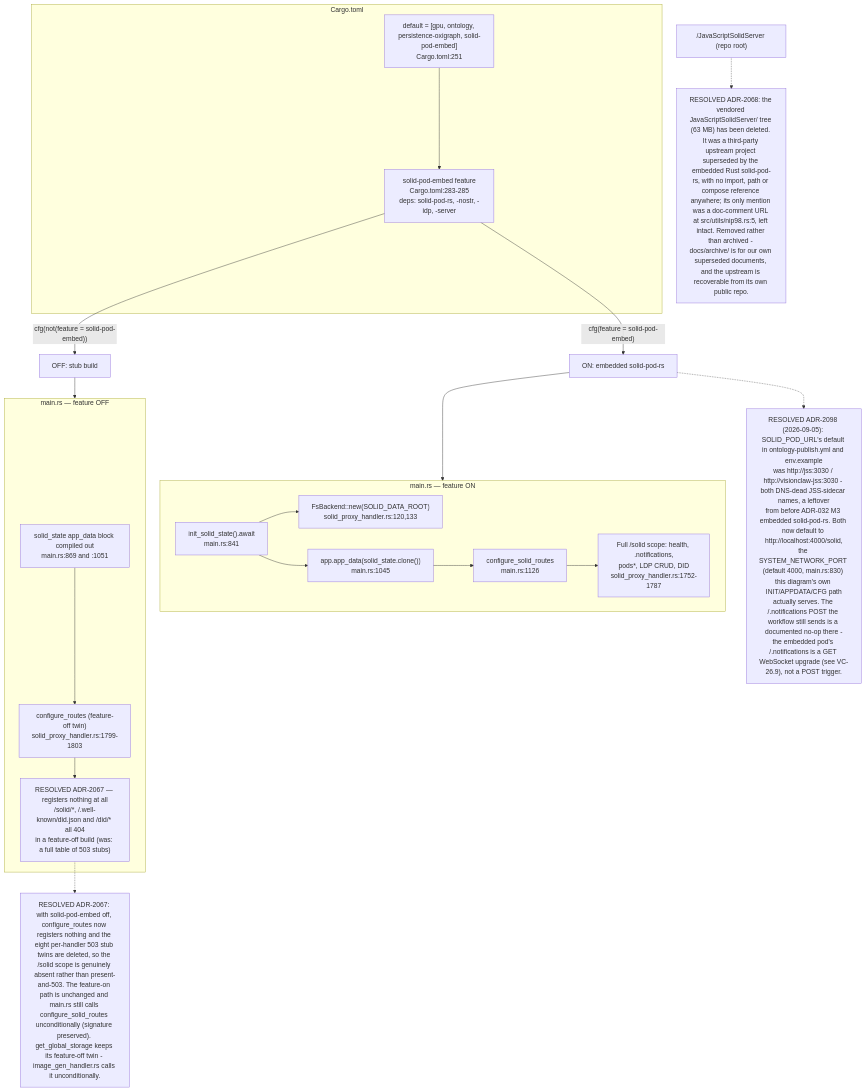
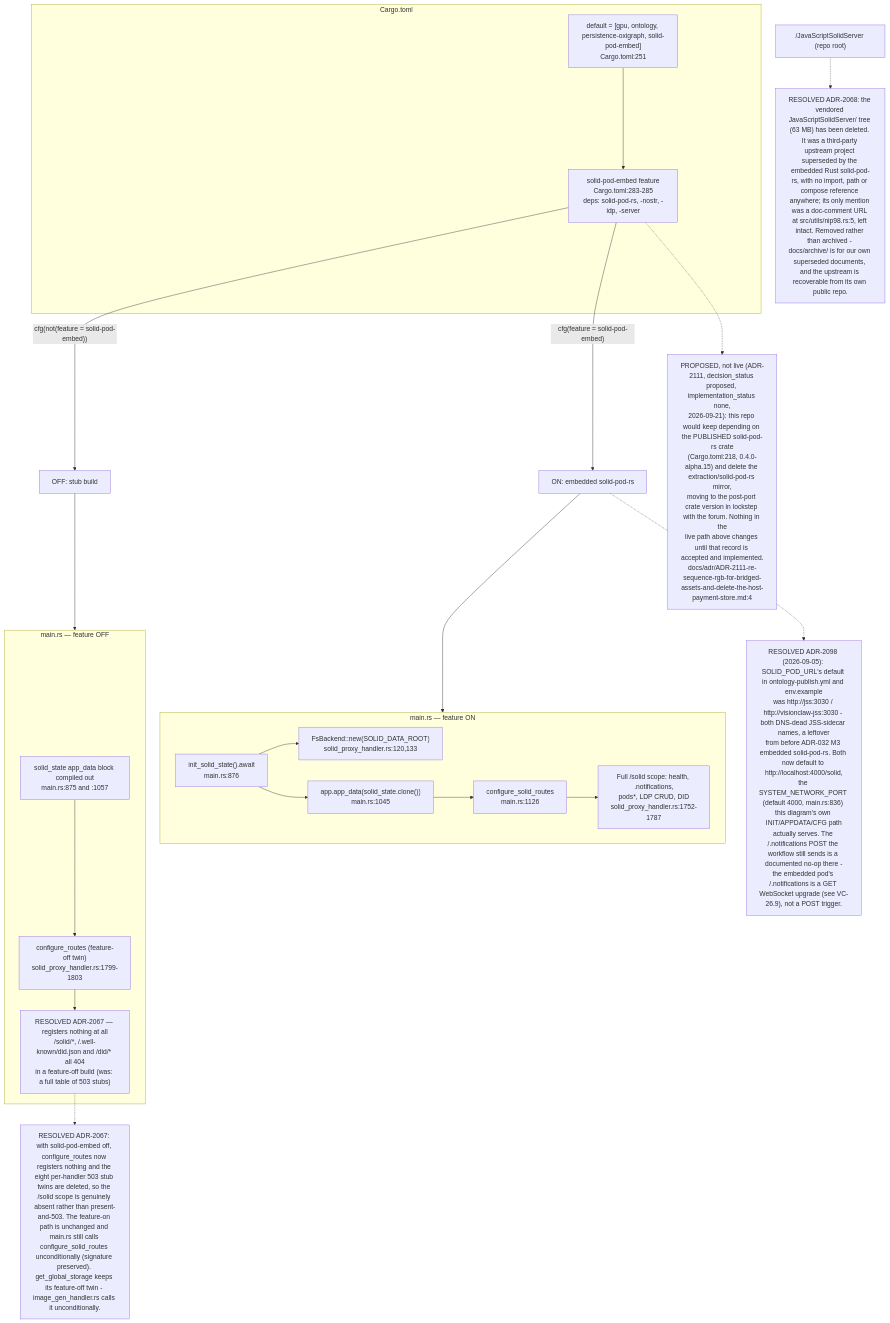
Before and after one commit to DreamLab-AI/VisionFlow: the first of 14 diagrams in docs/diagrams/visionclaw/26-solid-pod-and-jss.md, drawn with Mermaid. The commit also changed other lines of this file and 32 other files, not shown here.

````diff
--- a/docs/diagrams/visionclaw/26-solid-pod-and-jss.md
+++ b/docs/diagrams/visionclaw/26-solid-pod-and-jss.md
@@ -40,40 +41,43 @@
 ```mermaid
 flowchart TB
     subgraph cargo["Cargo.toml"]
         DEFAULT["default = [gpu, ontology, persistence-oxigraph, solid-pod-embed]<br/>Cargo.toml:251"]
         FEAT["solid-pod-embed feature<br/>Cargo.toml:283-285<br/>deps: solid-pod-rs, -nostr, -idp, -server"]
     end
     DEFAULT --> FEAT
     FEAT -->|"cfg(feature = solid-pod-embed)"| ON["ON: embedded solid-pod-rs"]
     FEAT -->|"cfg(not(feature = solid-pod-embed))"| OFF["OFF: stub build"]
 
     subgraph onpath["main.rs — feature ON"]
-        INIT["init_solid_state().await<br/>main.rs:841"]
+        INIT["init_solid_state().await<br/>main.rs:876"]
         APPDATA["app.app_data(solid_state.clone())<br/>main.rs:1045"]
         CFG["configure_solid_routes<br/>main.rs:1126"]
         FS["FsBackend::new(SOLID_DATA_ROOT)<br/>solid_proxy_handler.rs:120,133"]
         ROUTES["Full /solid scope: health, .notifications,<br/>pods*, LDP CRUD, DID<br/>solid_proxy_handler.rs:1752-1787"]
         INIT --> FS
         INIT --> APPDATA --> CFG --> ROUTES
     end
 
     subgraph offpath["main.rs — feature OFF"]
-        NOINIT["solid_state app_data block compiled out<br/>main.rs:869 and :1051"]
+        NOINIT["solid_state app_data block compiled out<br/>main.rs:875 and :1057"]
         STUBCFG["configure_routes (feature-off twin)<br/>solid_proxy_handler.rs:1799-1803"]
         STUBROUTES["RESOLVED ADR-2067 — registers nothing at all<br/>/solid/*, /.well-known/did.json and /did/* all 404<br/>in a feature-off build (was: a full table of 503 stubs)"]
         NOINIT --> STUBCFG --> STUBROUTES
     end
 
     ON --> onpath
     OFF --> offpath
 
     Note1["RESOLVED ADR-2067: with solid-pod-embed off, configure_routes now registers nothing and the eight per-handler 503 stub twins are deleted, so the /solid scope is genuinely absent rather than present-and-503. The feature-on path is unchanged and main.rs still calls configure_solid_routes unconditionally (signature preserved). get_global_storage keeps its feature-off twin - image_gen_handler.rs calls it unconditionally."]
     STUBROUTES -.-> Note1
 
     Legacy["/JavaScriptSolidServer (repo root)"]
     Note2["RESOLVED ADR-2068: the vendored JavaScriptSolidServer/ tree (63 MB) has been deleted. It was a third-party upstream project superseded by the embedded Rust solid-pod-rs, with no import, path or compose reference anywhere; its only mention was a doc-comment URL at src/utils/nip98.rs:5, left intact. Removed rather than archived - docs/archive/ is for our own superseded documents, and the upstream is recoverable from its own public repo."]
     Legacy -.-> Note2
 
-    Note3["RESOLVED ADR-2098 (2026-09-05): SOLID_POD_URL's default in ontology-publish.yml and env.example<br/>was http://jss:3030 / http://visionclaw-jss:3030 - both DNS-dead JSS-sidecar names, a leftover<br/>from before ADR-032 M3 embedded solid-pod-rs. Both now default to http://localhost:4000/solid,<br/>the SYSTEM_NETWORK_PORT (default 4000, main.rs:830) this diagram's own INIT/APPDATA/CFG path<br/>actually serves. The /.notifications POST the workflow still sends is a documented no-op there -<br/>the embedded pod's /.notifications is a GET WebSocket upgrade (see VC-26.9), not a POST trigger."]
+    Note3["RESOLVED ADR-2098 (2026-09-05): SOLID_POD_URL's default in ontology-publish.yml and env.example<br/>was http://jss:3030 / http://visionclaw-jss:3030 - both DNS-dead JSS-sidecar names, a leftover<br/>from before ADR-032 M3 embedded solid-pod-rs. Both now default to http://localhost:4000/solid,<br/>the SYSTEM_NETWORK_PORT (default 4000, main.rs:836) this diagram's own INIT/APPDATA/CFG path<br/>actually serves. The /.notifications POST the workflow still sends is a documented no-op there -<br/>the embedded pod's /.notifications is a GET WebSocket upgrade (see VC-26.9), not a POST trigger."]
     ON -.-> Note3
+
+    Note4["PROPOSED, not live (ADR-2111, decision_status proposed, implementation_status none,<br/>2026-09-21): this repo would keep depending on the PUBLISHED solid-pod-rs crate<br/>(Cargo.toml:218, 0.4.0-alpha.15) and delete the extraction/solid-pod-rs mirror,<br/>moving to the post-port crate version in lockstep with the forum. Nothing in the<br/>live path above changes until that record is accepted and implemented.<br/>docs/adr/ADR-2111-re-sequence-rgb-for-bridged-assets-and-delete-the-host-payment-store.md:4"]
+    FEAT -.-> Note4
 ```
````
